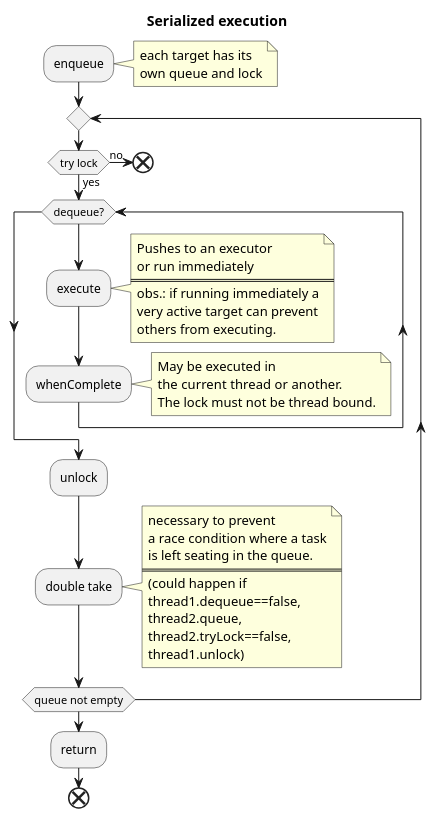
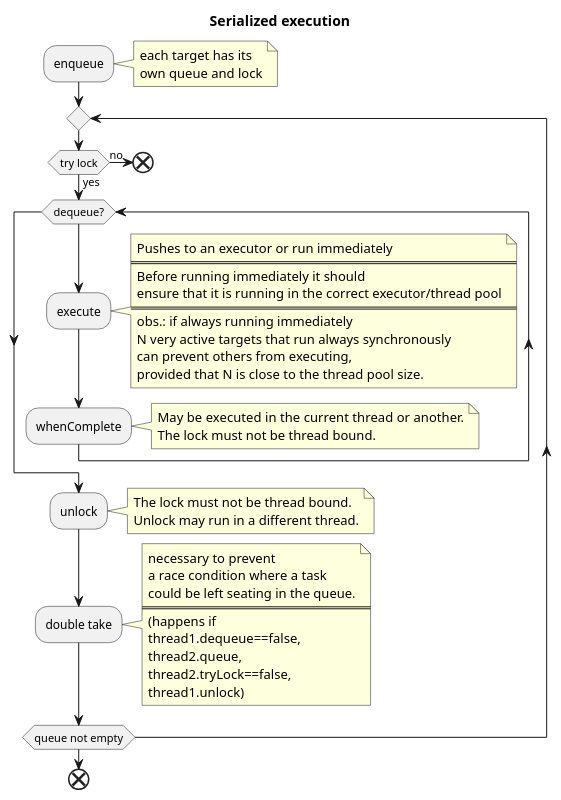
Before and after one commit to orbit/orbit: the diagram in actors/stage/src/main/java/com/ea/orbit/actors/runtime/executionSerialized.puml, drawn with PlantUML.

Commit message:
commenting on the execution serializer workflow.

```diff
--- a/actors/stage/src/main/java/com/ea/orbit/actors/runtime/executionSerialized.puml
+++ b/actors/stage/src/main/java/com/ea/orbit/actors/runtime/executionSerialized.puml
@@ -1,46 +1,51 @@
 @startuml
 title Serialized execution
 :enqueue;
 note right
   each target has its
   own queue and lock
 end note
 repeat
     if (try lock) then (yes)
             while (dequeue?)
                 :execute;
                 note right
-                  Pushes to an executor
-                  or run immediately
+                  Pushes to an executor or run immediately
                   ====
-                  obs.: if running immediately a
-                  very active target can prevent
-                  others from executing.
+                  Before running immediately it should
+                  ensure that it is running in the correct executor/thread pool
+                  ====
+                  obs.: if always running immediately
+                  N very active targets that run always synchronously
+                  can prevent others from executing,
+                  provided that N is close to the thread pool size.
                 end note
                 :whenComplete;
                 note right
-                  May be executed in
-                  the current thread or another.
+                  May be executed in the current thread or another.
                   The lock must not be thread bound.
                 end note
             endwhile
             :unlock;
+                note right
+                  The lock must not be thread bound.
+                  Unlock may run in a different thread.
+                end note
     else (no)
         end;
     endif
     :double take;
     note right
         necessary to prevent
         a race condition where a task
-        is left seating in the queue.
+        could be left seating in the queue.
         ====
-        (could happen if
+        (happens if
         thread1.dequeue==false,
         thread2.queue,
         thread2.tryLock==false,
         thread1.unlock)
     end note
 repeat while(queue not empty)
-:return;
 end;
 @enduml
```
